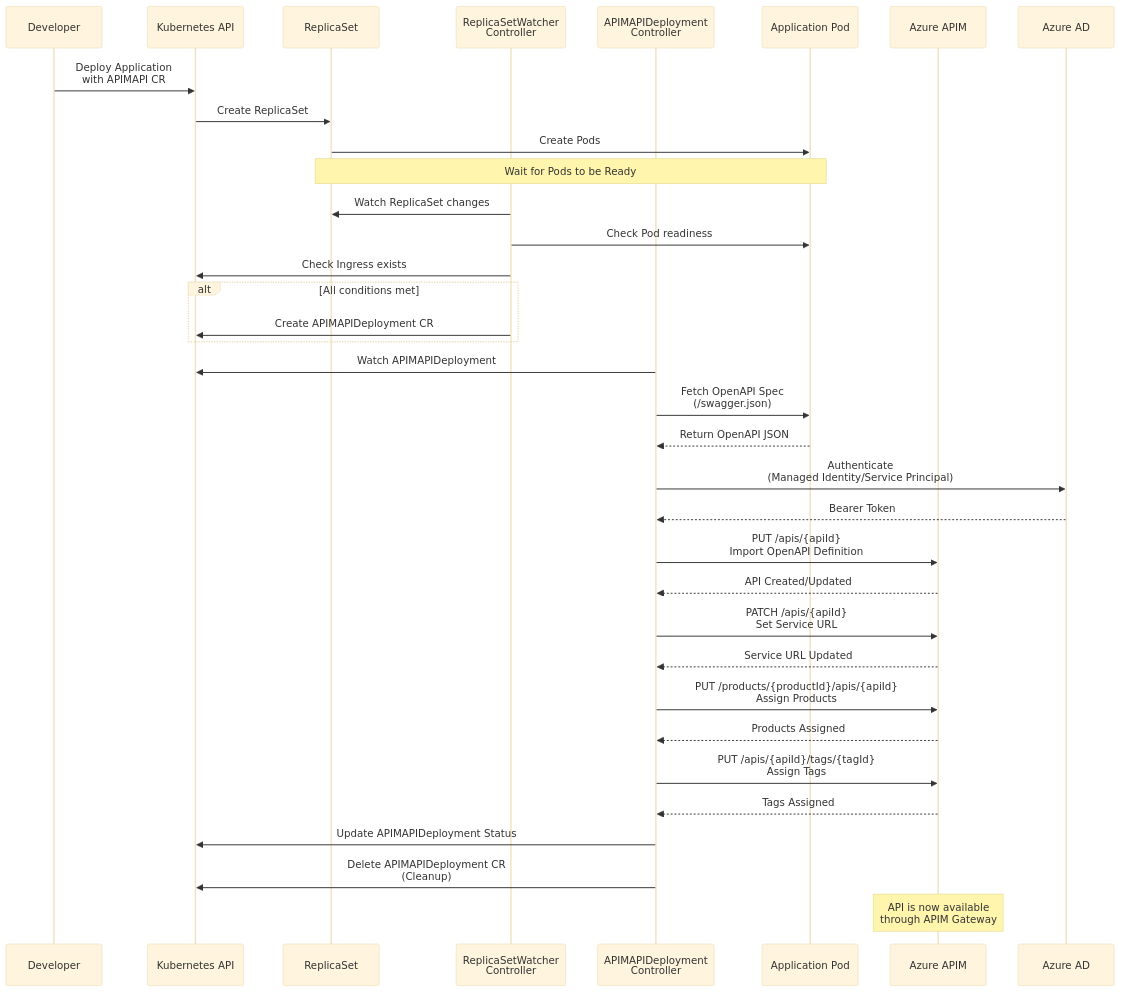
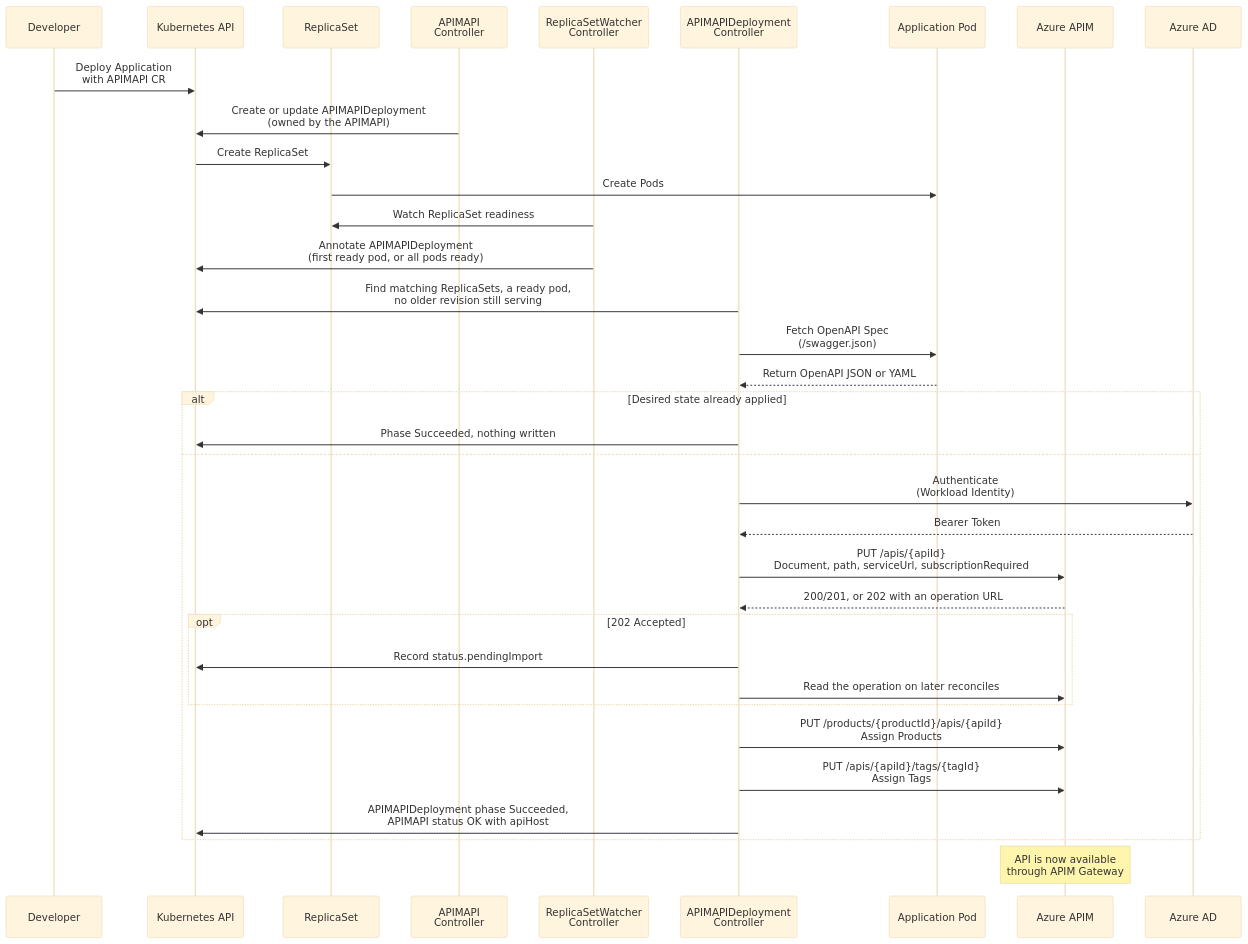
The second of 4 diagrams in README.md (hedinbil/azure-apim-operator), drawn with Mermaid (base theme) before and after one commit. The commit also changed other lines of this file and 78 other files, not shown here.

First line of the commit message:
fix(apim): never wait on, lose or repeat an import APIM is running (0.33.0)

````diff
--- a/README.md
+++ b/README.md
@@ -326,49 +322,46 @@
 ```mermaid
 sequenceDiagram
     participant Dev as Developer
     participant K8s as Kubernetes API
     participant RS as ReplicaSet
+    participant APICtrl as APIMAPI<br/>Controller
     participant RSWatcher as ReplicaSetWatcher<br/>Controller
     participant DeployCtrl as APIMAPIDeployment<br/>Controller
     participant App as Application Pod
     participant AzureAPIM as Azure APIM
     participant AAD as Azure AD
 
     Dev->>K8s: Deploy Application<br/>with APIMAPI CR
+    APICtrl->>K8s: Create or update APIMAPIDeployment<br/>(owned by the APIMAPI)
     K8s->>RS: Create ReplicaSet
     RS->>App: Create Pods
     
-    Note over RS,App: Wait for Pods to be Ready
+    RSWatcher->>RS: Watch ReplicaSet readiness
+    RSWatcher->>K8s: Annotate APIMAPIDeployment<br/>(first ready pod, or all pods ready)
     
-    RSWatcher->>RS: Watch ReplicaSet changes
-    RSWatcher->>App: Check Pod readiness
-    RSWatcher->>K8s: Check Ingress exists
+    DeployCtrl->>K8s: Find matching ReplicaSets, a ready pod,<br/>no older revision still serving
+    DeployCtrl->>App: Fetch OpenAPI Spec<br/>(/swagger.json)
+    App-->>DeployCtrl: Return OpenAPI JSON or YAML
     
-    alt All conditions met
-        RSWatcher->>K8s: Create APIMAPIDeployment CR
+    alt Desired state already applied
+        DeployCtrl->>K8s: Phase Succeeded, nothing written
+    else
+        DeployCtrl->>AAD: Authenticate<br/>(Workload Identity)
+        AAD-->>DeployCtrl: Bearer Token
+        
+        DeployCtrl->>AzureAPIM: PUT /apis/{apiId}<br/>Document, path, serviceUrl, subscriptionRequired
+        AzureAPIM-->>DeployCtrl: 200/201, or 202 with an operation URL
+        
+        opt 202 Accepted
+            DeployCtrl->>K8s: Record status.pendingImport
+            DeployCtrl->>AzureAPIM: Read the operation on later reconciles
+        end
+        
+        DeployCtrl->>AzureAPIM: PUT /products/{productId}/apis/{apiId}<br/>Assign Products
+        DeployCtrl->>AzureAPIM: PUT /apis/{apiId}/tags/{tagId}<br/>Assign Tags
+        
+        DeployCtrl->>K8s: APIMAPIDeployment phase Succeeded,<br/>APIMAPI status OK with apiHost
     end
-    
-    DeployCtrl->>K8s: Watch APIMAPIDeployment
-    DeployCtrl->>App: Fetch OpenAPI Spec<br/>(/swagger.json)
-    App-->>DeployCtrl: Return OpenAPI JSON
-    
-    DeployCtrl->>AAD: Authenticate<br/>(Managed Identity/Service Principal)
-    AAD-->>DeployCtrl: Bearer Token
-    
-    DeployCtrl->>AzureAPIM: PUT /apis/{apiId}<br/>Import OpenAPI Definition
-    AzureAPIM-->>DeployCtrl: API Created/Updated
-    
-    DeployCtrl->>AzureAPIM: PATCH /apis/{apiId}<br/>Set Service URL
-    AzureAPIM-->>DeployCtrl: Service URL Updated
-    
-    DeployCtrl->>AzureAPIM: PUT /products/{productId}/apis/{apiId}<br/>Assign Products
-    AzureAPIM-->>DeployCtrl: Products Assigned
-    
-    DeployCtrl->>AzureAPIM: PUT /apis/{apiId}/tags/{tagId}<br/>Assign Tags
-    AzureAPIM-->>DeployCtrl: Tags Assigned
-    
-    DeployCtrl->>K8s: Update APIMAPIDeployment Status
-    DeployCtrl->>K8s: Delete APIMAPIDeployment CR<br/>(Cleanup)
     
     Note over AzureAPIM: API is now available<br/>through APIM Gateway
 ```
````
